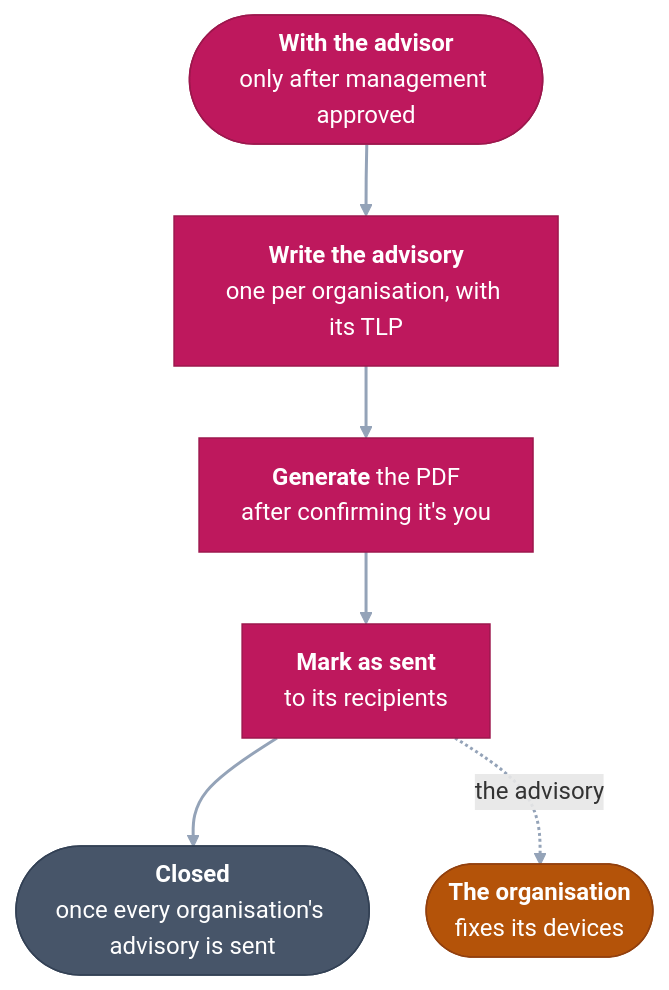
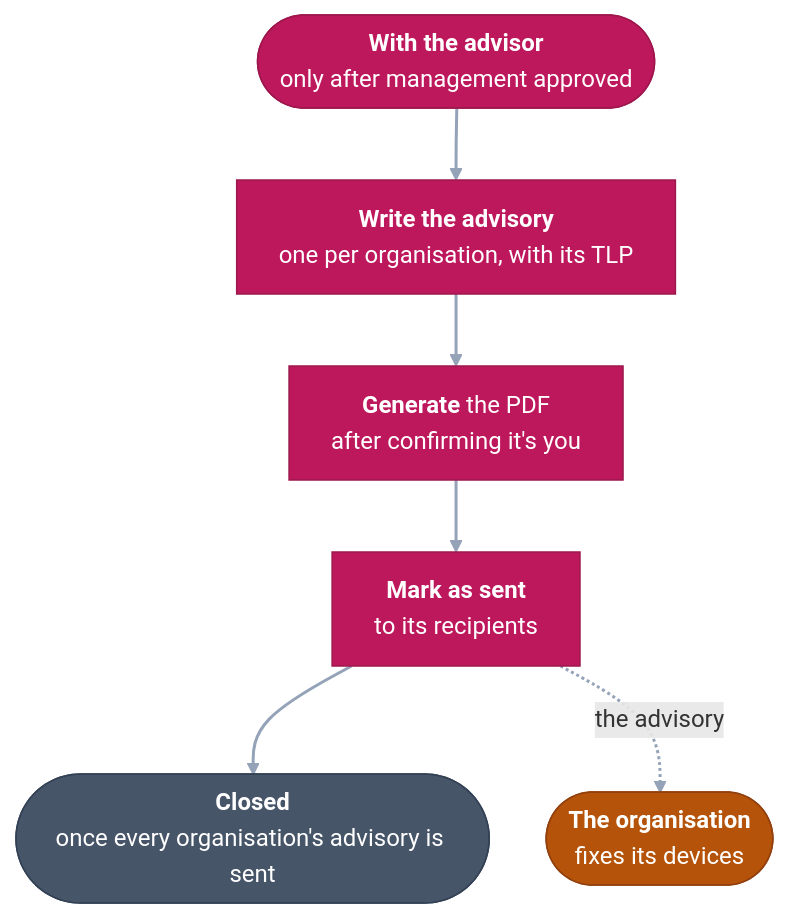
One commit to anonghosty/looking-glass changed the seventh of 7 diagrams in docs/USE_CASES.md. Above: the diagram before and after it, drawn with Mermaid. The commit also changed other lines of this file, not shown here.

````diff
--- a/docs/USE_CASES.md
+++ b/docs/USE_CASES.md
@@ -267,19 +263,19 @@
 ```mermaid
-%%{init: {"flowchart": {"curve": "basis", "nodeSpacing": 38, "rankSpacing": 48, "padding": 14}}}%%
+%%{init: {"flowchart": {"curve": "basis", "nodeSpacing": 38, "rankSpacing": 48, "padding": 14, "wrappingWidth": 280}}}%%
 flowchart TD
     I(["<b>With the advisor</b><br/>only after management approved"]):::advisor
     W["<b>Write the advisory</b><br/>one per organisation, with its TLP"]:::advisor
     G["<b>Generate</b> the PDF<br/>after confirming it's you"]:::advisor
     S["<b>Mark as sent</b><br/>to its recipients"]:::advisor
     C(["<b>Closed</b><br/>once every organisation's advisory is sent"]):::closed
     O(["<b>The organisation</b><br/>fixes its devices"]):::ext
     I --> W --> G --> S --> C
     S -. "the advisory" .-> O
     classDef research fill:#0369a1,stroke:#075985,color:#fff
     classDef analyst fill:#4f46e5,stroke:#4338ca,color:#fff
     classDef mgmt fill:#6d28d9,stroke:#5b21b6,color:#fff
     classDef advisor fill:#be185d,stroke:#9d174d,color:#fff
     classDef closed fill:#475569,stroke:#334155,color:#fff
     classDef ext fill:#b45309,stroke:#92400e,color:#fff
     linkStyle default stroke:#94a3b8,stroke-width:2px
 ```
````
